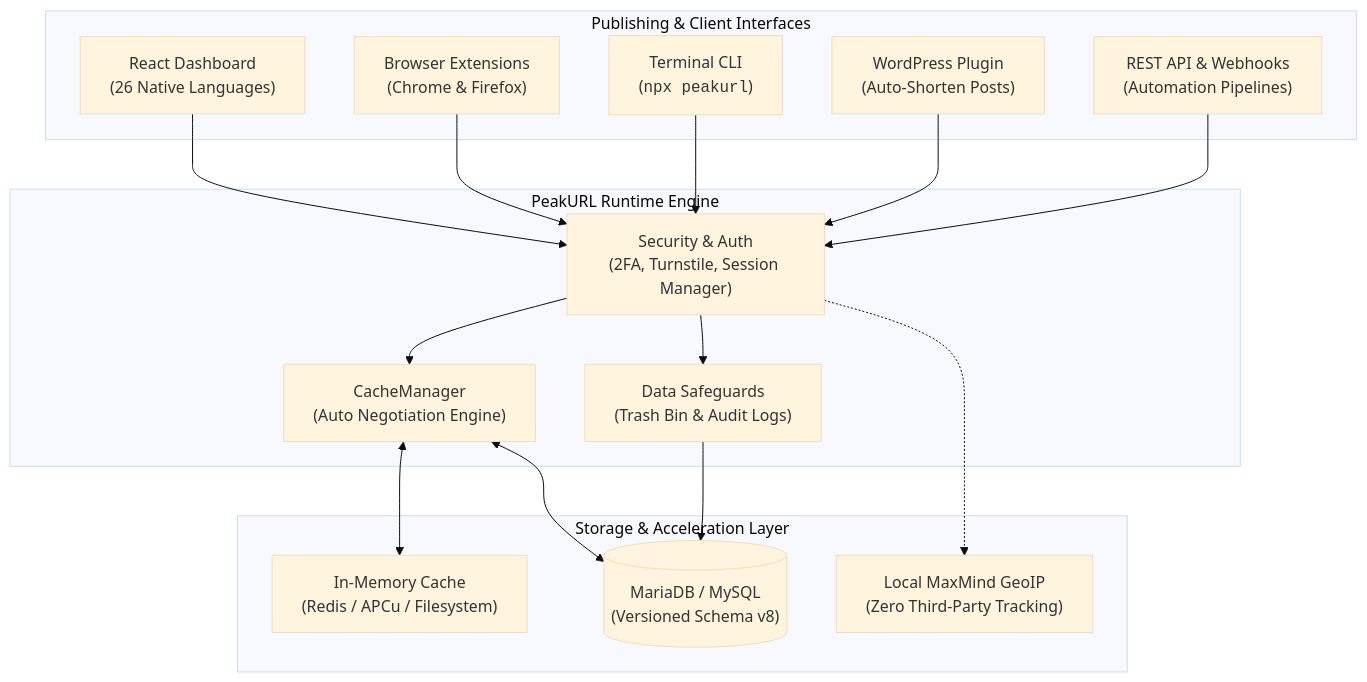
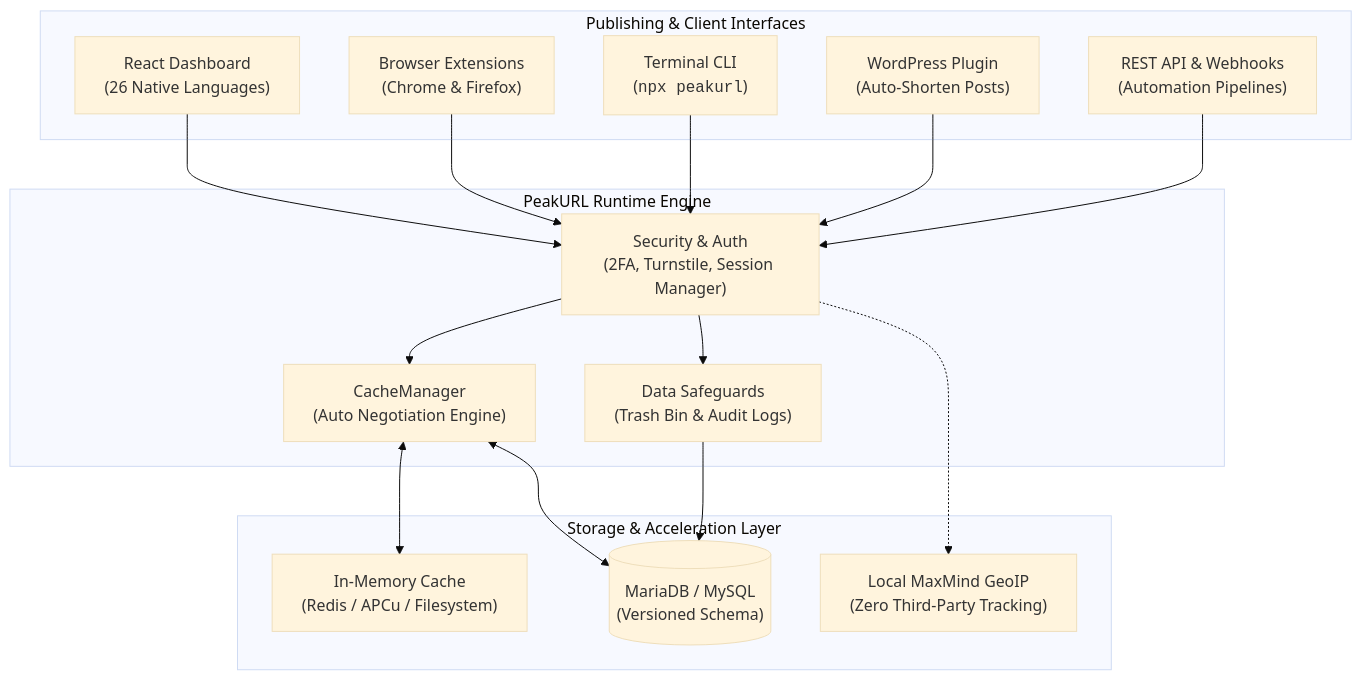
The second of 2 diagrams in README.md (PeakURL/PeakURL), drawn with Mermaid (base theme) before and after one commit. The commit also changed other lines of this file, not shown here.

````diff
--- a/README.md
+++ b/README.md
@@ -298,30 +292,30 @@
 ```mermaid
 flowchart TD
     subgraph Clients["Publishing & Client Interfaces"]
         Web["React Dashboard<br/>(26 Native Languages)"]
         Ext["Browser Extensions<br/>(Chrome &amp; Firefox)"]
         CLI["Terminal CLI<br/>(<code>npx peakurl</code>)"]
         WP["WordPress Plugin<br/>(Auto-Shorten Posts)"]
         API["REST API &amp; Webhooks<br/>(Automation Pipelines)"]
     end
 
     subgraph Core["PeakURL Runtime Engine"]
         Security["Security &amp; Auth<br/>(2FA, Turnstile, Session Manager)"]
         CacheMgr["CacheManager<br/>(Auto Negotiation Engine)"]
         Safeguards["Data Safeguards<br/>(Trash Bin &amp; Audit Logs)"]
     end
 
     subgraph Storage["Storage &amp; Acceleration Layer"]
         Cache["In-Memory Cache<br/>(Redis / APCu / Filesystem)"]
-        Database[("MariaDB / MySQL<br/>(Versioned Schema v8)")]
+        Database[("MariaDB / MySQL<br/>(Versioned Schema)")]
         GeoIP["Local MaxMind GeoIP<br/>(Zero Third-Party Tracking)"]
     end
 
     Web & Ext & CLI & WP & API --> Security
     Security --> CacheMgr
     Security --> Safeguards
     CacheMgr <--> Cache
     CacheMgr <--> Database
     Safeguards --> Database
     Security -.-> GeoIP
 ```
````
